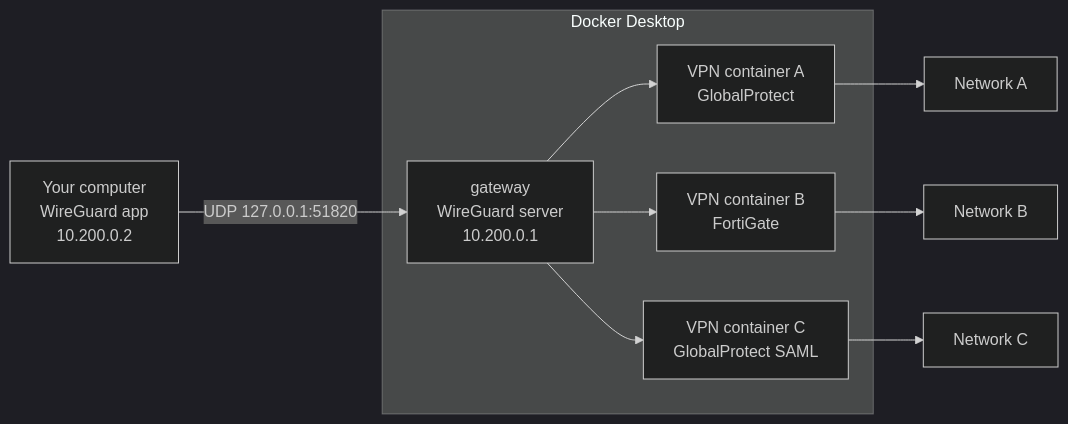
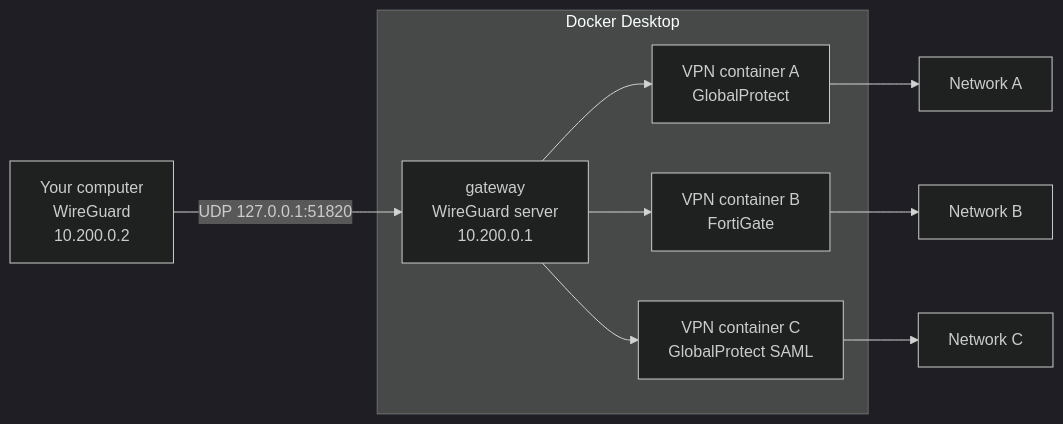
One commit to tariktekin8/vpn-gateway changed the first of 3 diagrams in docs/technical.md. Above: the diagram before and after it, drawn with Mermaid (dark theme). The commit also changed other lines of this file and 4 other files, not shown here.

First line of the commit message:
Shorten the README and add setup flowcharts

````diff
--- a/docs/technical.md
+++ b/docs/technical.md
@@ -6,16 +6,16 @@
 ```mermaid
 flowchart LR
-    pc["Your computer<br/>WireGuard app<br/>10.200.0.2"] -->|"UDP 127.0.0.1:51820"| gw
+    pc["Your computer<br/>WireGuard<br/>10.200.0.2"] -->|"UDP 127.0.0.1:51820"| gw
     subgraph docker["Docker Desktop"]
         gw["gateway<br/>WireGuard server<br/>10.200.0.1"]
         a["VPN container A<br/>GlobalProtect"]
         b["VPN container B<br/>FortiGate"]
         c["VPN container C<br/>GlobalProtect SAML"]
         gw --> a
         gw --> b
         gw --> c
     end
     a --> na["Network A"]
     b --> nb["Network B"]
     c --> nc["Network C"]
 ```
````
